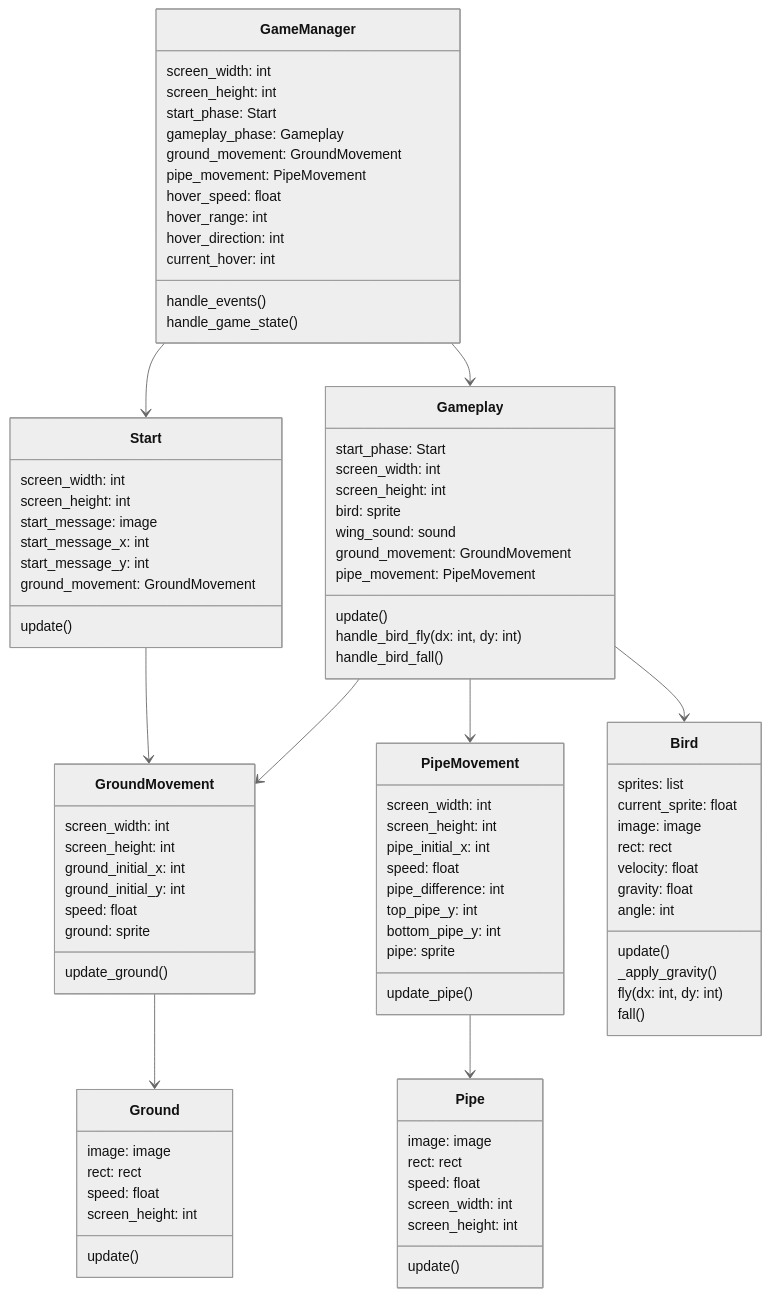
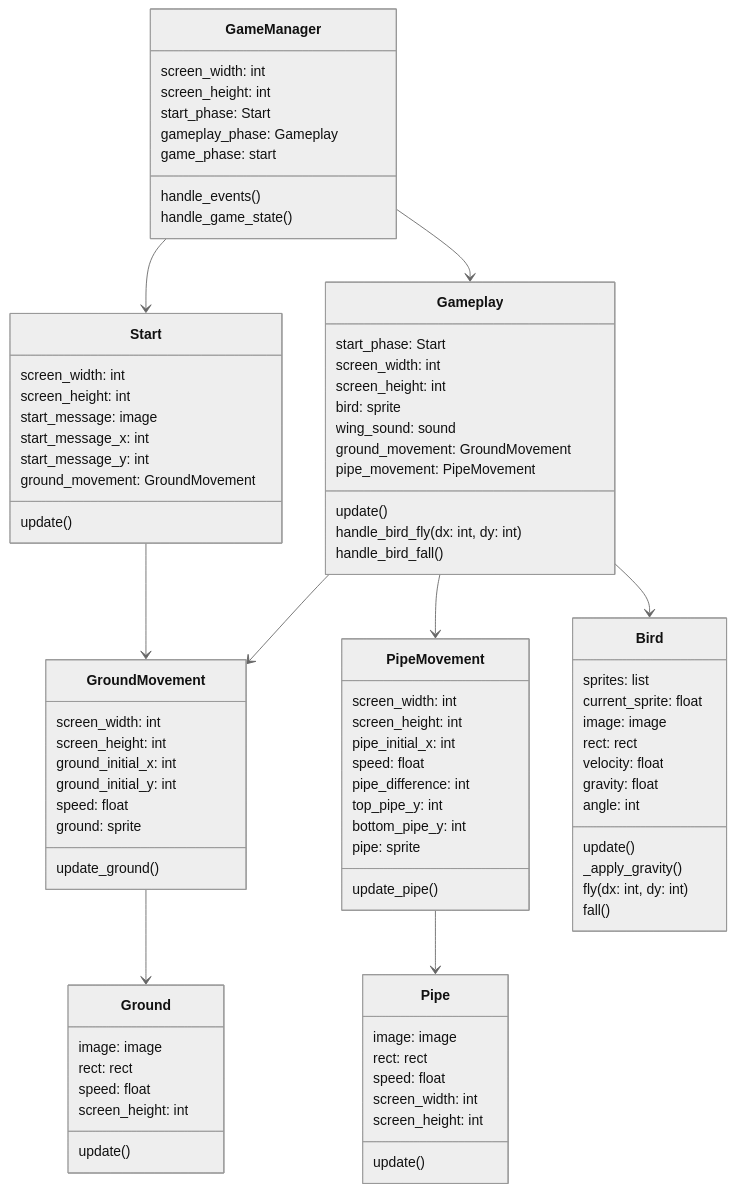
The diagram in dokumentaatio/arkkitehtuuri.md (LerkkaP/flappy-bird), drawn with Mermaid (neutral theme) before and after one commit. The commit also changed 5 other files, not shown here.

```diff
--- a/dokumentaatio/arkkitehtuuri.md
+++ b/dokumentaatio/arkkitehtuuri.md
@@ -20,12 +20,7 @@
         screen_height: int
         start_phase: Start
         gameplay_phase: Gameplay
-        ground_movement: GroundMovement
-        pipe_movement: PipeMovement
-        hover_speed: float
-        hover_range: int
-        hover_direction: int
-        current_hover: int
+        game_phase: start
         handle_events()
         handle_game_state()
     }
```
